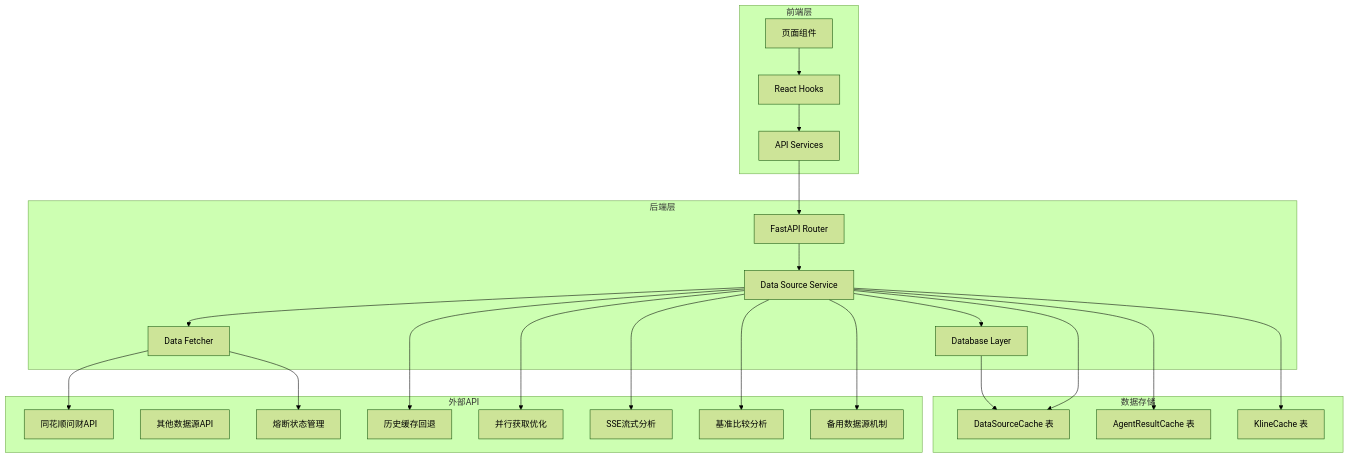
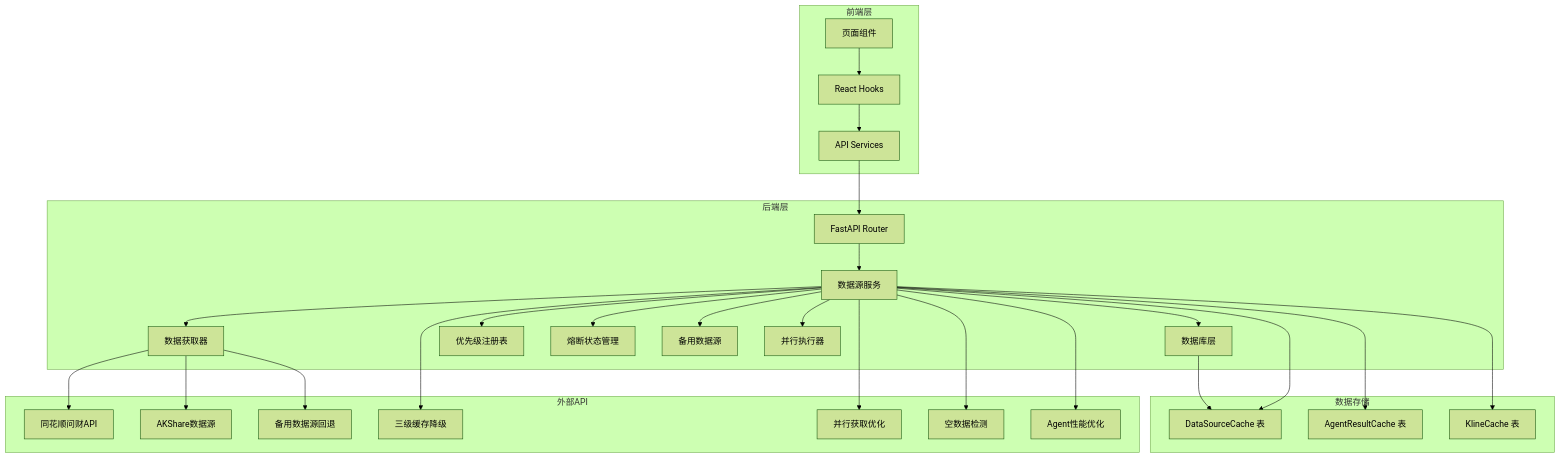
One commit to Moruime/stock_foker changed the second of 16 diagrams in .qoder/repowiki/zh/content/数据源服务增强.md. Above: the diagram before and after it, drawn with Mermaid (forest theme). The commit also changed other lines of this file and 5 other files, not shown here.

First line of the commit message:
feat(data-source): 实现优先级数据源注册表及多项增强机制

````diff
--- a/.qoder/repowiki/zh/content/数据源服务增强.md
+++ b/.qoder/repowiki/zh/content/数据源服务增强.md
@@ -167,46 +169,53 @@
 ```mermaid
 graph TD
 subgraph "前端层"
 A[React Hooks]
 B[API Services]
 C[页面组件]
 end
 subgraph "后端层"
 D[FastAPI Router]
-E[Data Source Service]
-F[Data Fetcher]
-G[Database Layer]
+E[数据源服务]
+F[数据获取器]
+G[数据库层]
+H[优先级注册表]
+I[熔断状态管理]
+J[备用数据源]
+K[并行执行器]
 end
 subgraph "数据存储"
-H[DataSourceCache 表]
-I[AgentResultCache 表]
-J[KlineCache 表]
+L[DataSourceCache 表]
+M[AgentResultCache 表]
+N[KlineCache 表]
 end
 subgraph "外部API"
-K[同花顺问财API]
-L[其他数据源API]
-M[熔断状态管理]
-N[历史缓存回退]
-O[并行获取优化]
-P[SSE流式分析]
-Q[基准比较分析]
-R[备用数据源机制]
+O[同花顺问财API]
+P[AKShare数据源]
+Q[备用数据源回退]
+R[三级缓存降级]
+S[并行获取优化]
+T[空数据检测]
+U[Agent性能优化]
 end
 A --> B
 B --> D
 D --> E
 E --> F
 E --> G
-F --> K
-F --> M
-E --> N
-E --> O
-G --> H
-C --> A
 E --> H
 E --> I
 E --> J
-E --> P
-E --> Q
+E --> K
+F --> O
+F --> P
+F --> Q
+G --> L
+C --> A
+E --> L
+E --> M
+E --> N
 E --> R
+E --> S
+E --> T
+E --> U
 ```
````
